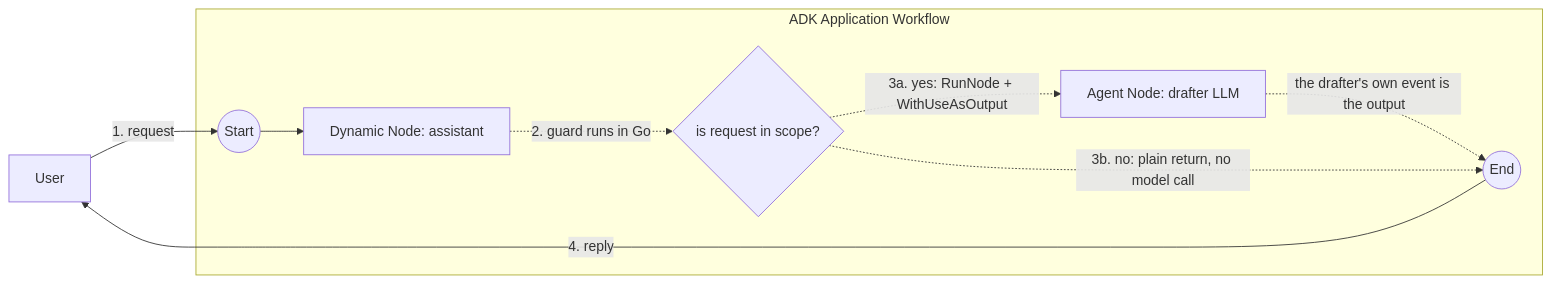
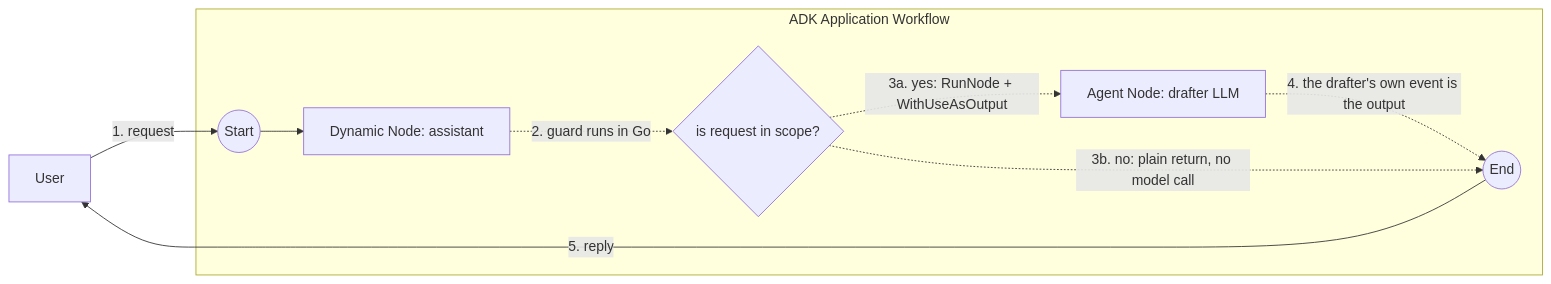
One commit to google/adk-go changed the diagram in examples/workflow/dynamic/use_as_output/README.md. Above: the diagram before and after it, drawn with Mermaid. The commit also changed other lines of this file and 1 other file, not shown here.

First line of the commit message:
docs(examples/workflow): correct the use_as_output README

````diff
--- a/examples/workflow/dynamic/use_as_output/README.md
+++ b/examples/workflow/dynamic/use_as_output/README.md
@@ -46,13 +53,13 @@
 ```mermaid
 graph LR
     User[User]
     subgraph "ADK Application Workflow"
         Start((Start)) --> A[Dynamic Node: assistant]
         A -.->|"2. guard runs in Go"| Q{"is request in scope?"}
         Q -.->|"3a. yes: RunNode + WithUseAsOutput"| D[Agent Node: drafter LLM]
-        D -.->|"the drafter's own event is the output"| End((End))
+        D -.->|"4. the drafter's own event is the output"| End((End))
         Q -.->|"3b. no: plain return, no model call"| End
     end
     User -- "1. request" --> Start
-    End -- "4. reply" --> User
+    End -- "5. reply" --> User
 ```
````
